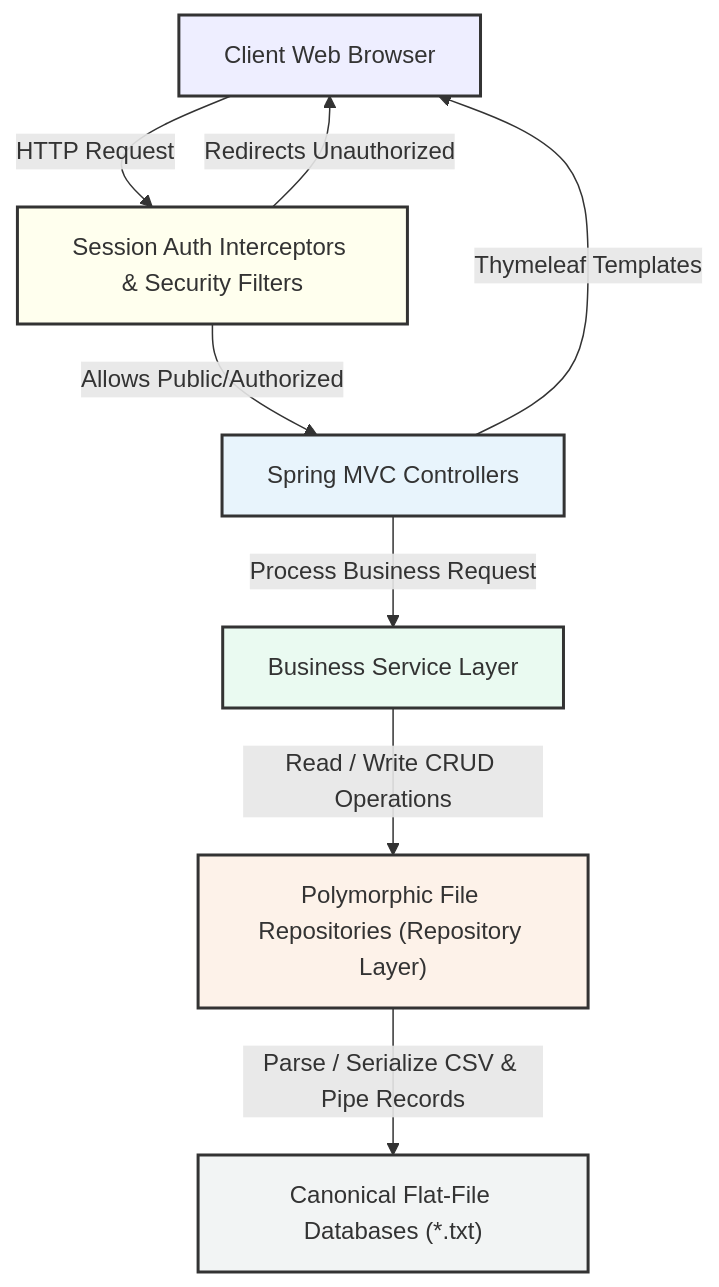
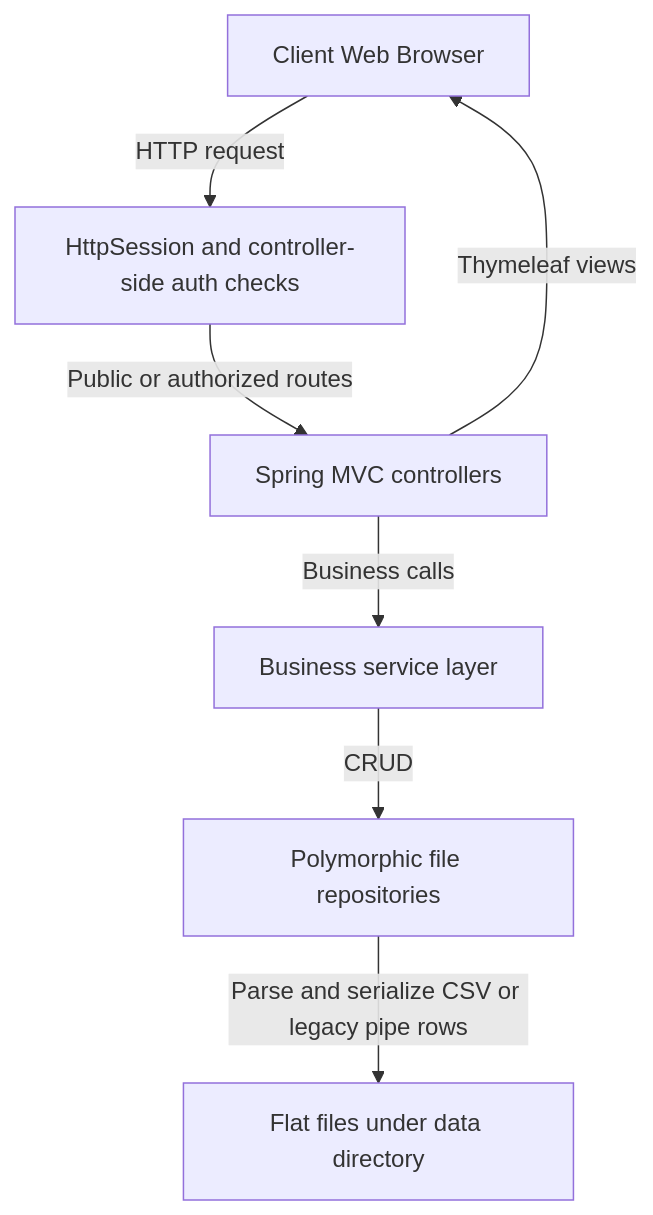
One commit to Sankalpa-KMCP/SE1020-Vehicle-Rental-System-new changed the diagram in reports/README.md. Above: the diagram before and after it, drawn with Mermaid. The commit also changed other lines of this file and 11 other files, not shown here.

````diff
--- a/reports/README.md
+++ b/reports/README.md
@@ -15,24 +15,16 @@
 ```mermaid
 graph TD
-    classDef client fill:#eef,stroke:#333,stroke-width:2px;
-    classDef filter fill:#ffe,stroke:#333,stroke-width:2px;
-    classDef controller fill:#e8f4fc,stroke:#333,stroke-width:2px;
-    classDef service fill:#eafaf1,stroke:#333,stroke-width:2px;
-    classDef repository fill:#fdf2e9,stroke:#333,stroke-width:2px;
-    classDef db fill:#f2f4f4,stroke:#333,stroke-width:2px;
+    Client["Client Web Browser"]
+    SessionAuth["HttpSession and controller-side auth checks"]
+    Controller["Spring MVC controllers"]
+    Service["Business service layer"]
+    Repository["Polymorphic file repositories"]
+    DataFiles["Flat files under data directory"]
 
-    Client["Client Web Browser"]:::client
-    AuthSession["Session Auth Interceptors & Security Filters"]:::filter
-    Controller["Spring MVC Controllers"]:::controller
-    Service["Business Service Layer"]:::service
-    Repository["Polymorphic File Repositories (Repository Layer)"]:::repository
-    DataFiles["Canonical Flat-File Databases (*.txt)"]:::db
-
-    Client -->|HTTP Request| AuthSession
-    AuthSession -->|Allows Public/Authorized| Controller
-    AuthSession -->|Redirects Unauthorized| Client
-    Controller -->|Thymeleaf Templates| Client
-    Controller -->|Process Business Request| Service
-    Service -->|Read / Write CRUD Operations| Repository
-    Repository -->|Parse / Serialize CSV & Pipe Records| DataFiles
+    Client -->|HTTP request| SessionAuth
+    SessionAuth -->|Public or authorized routes| Controller
+    Controller -->|Thymeleaf views| Client
+    Controller -->|Business calls| Service
+    Service -->|CRUD| Repository
+    Repository -->|Parse and serialize CSV or legacy pipe rows| DataFiles
 ```
````
